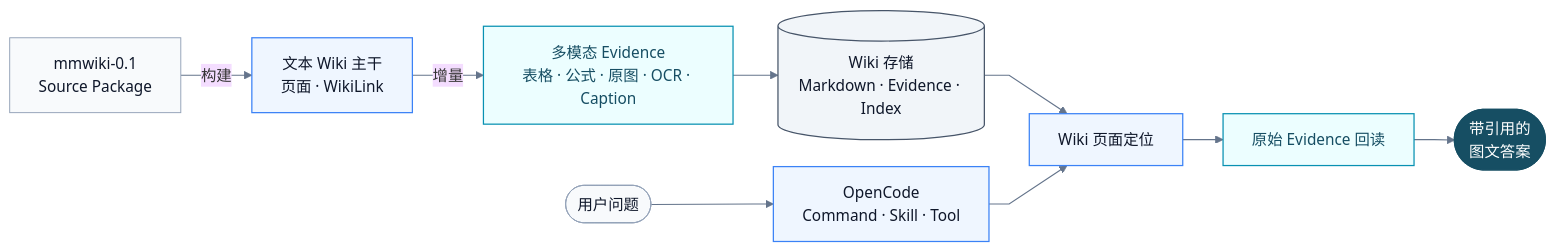
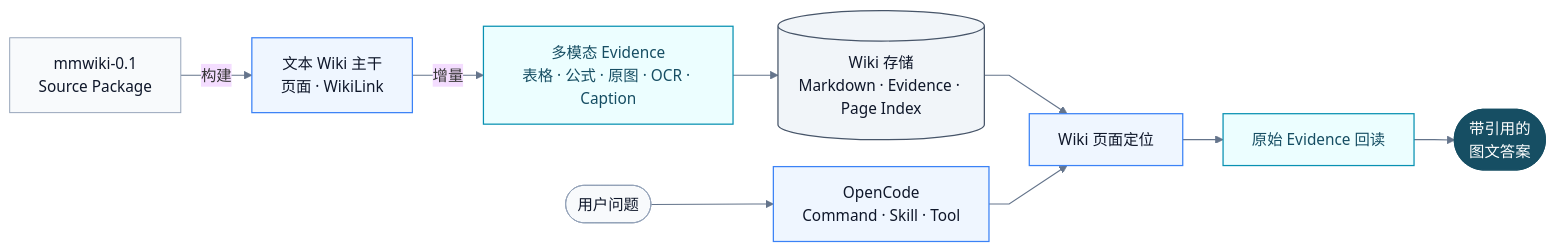
The first of 3 diagrams in README.md (yooa722/multimodal-llm-wiki), drawn with Mermaid before and after one commit. The commit also changed other lines of this file and 12 other files, not shown here.

Commit message:
feat: add precise page-level evidence provenance

````diff
--- a/README.md
+++ b/README.md
@@ -47,25 +47,25 @@
 ```mermaid
 %%{init: {"theme":"base","flowchart":{"curve":"linear","nodeSpacing":28,"rankSpacing":42},"themeVariables":{"fontFamily":"Inter, -apple-system, BlinkMacSystemFont, Segoe UI, sans-serif"}}}%%
 flowchart LR
     SRC["mmwiki-0.1<br/>Source Package"] -->|"构建"| BASE["文本 Wiki 主干<br/>页面 · WikiLink"]
     BASE -->|"增量"| MM["多模态 Evidence<br/>表格 · 公式 · 原图 · OCR · Caption"]
-    MM --> STORE[("Wiki 存储<br/>Markdown · Evidence · Index")]
+    MM --> STORE[("Wiki 存储<br/>Markdown · Evidence · Page Index")]
     STORE --> PAGE
     PAGE["Wiki 页面定位"] --> EVIDENCE["原始 Evidence 回读"]
     EVIDENCE --> ANSWER(["带引用的<br/>图文答案"])
 
     USER(["用户问题"]) --> OC["OpenCode<br/>Command · Skill · Tool"]
     OC --> PAGE
 
     class SRC,USER neutral
     class BASE,OC,PAGE core
     class MM,EVIDENCE multimodal
     class STORE storage
     class ANSWER result
     classDef neutral fill:#F8FAFC,stroke:#94A3B8,color:#0F172A,stroke-width:1px
     classDef core fill:#EFF6FF,stroke:#3B82F6,color:#0F172A,stroke-width:1.3px
     classDef multimodal fill:#ECFEFF,stroke:#0891B2,color:#164E63,stroke-width:1.3px
     classDef storage fill:#F1F5F9,stroke:#475569,color:#0F172A,stroke-width:1.3px
     classDef result fill:#164E63,stroke:#164E63,color:#FFFFFF,stroke-width:1.3px
     linkStyle default stroke:#64748B,stroke-width:1.2px
 ```
````
